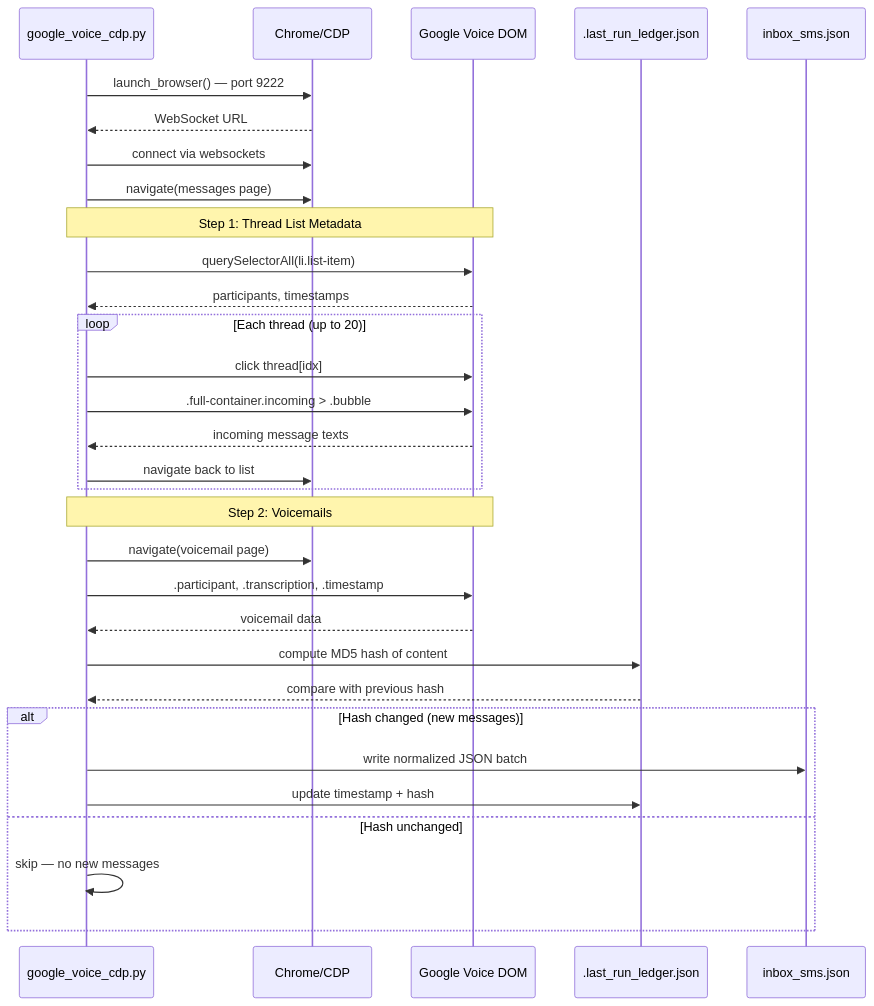
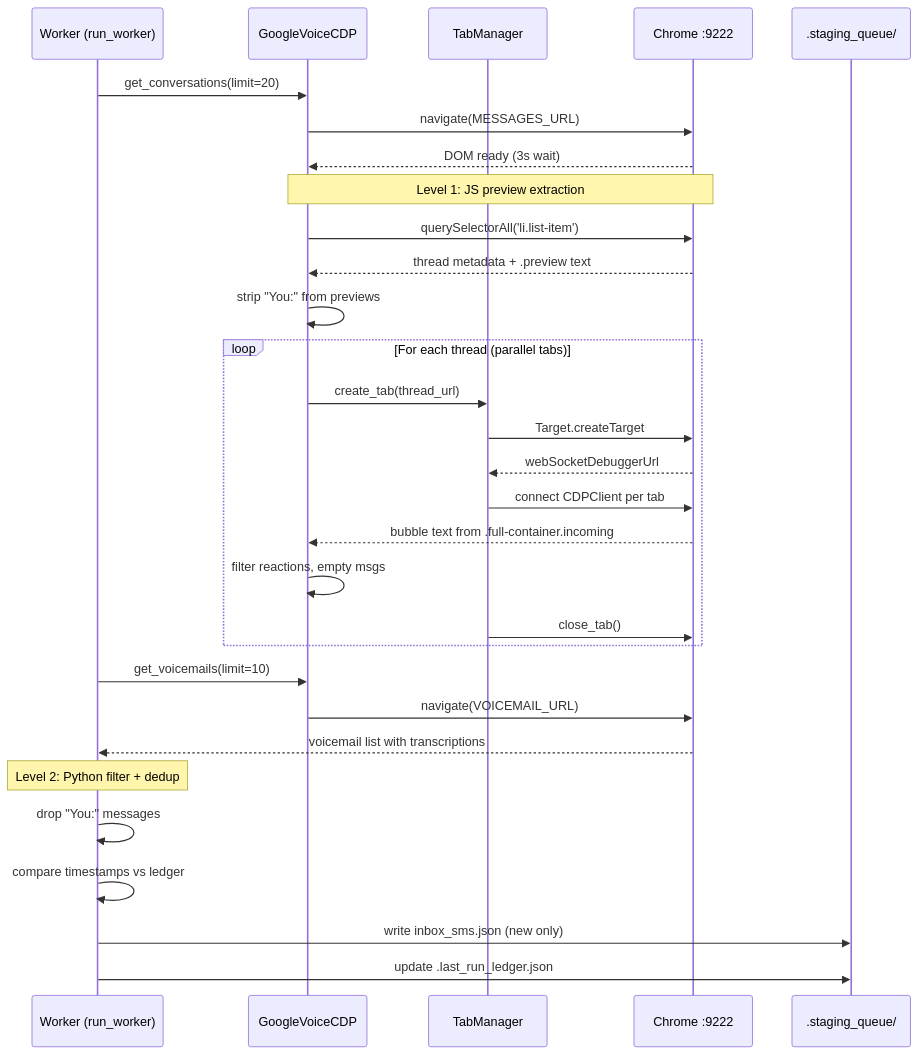
One commit to freeload101/protocol-ai changed the second of 3 diagrams in NotAPI/google_voice_cdp.md. Above: the diagram before and after it, drawn with Mermaid. The commit also changed other lines of this file and 1 other file, not shown here.

````diff
--- a/NotAPI/google_voice_cdp.md
+++ b/NotAPI/google_voice_cdp.md
@@ -56,39 +109,37 @@
 ```mermaid
 sequenceDiagram
-    participant CLI as google_voice_cdp.py
-    participant Browser as Chrome/CDP
-    participant GV as Google Voice DOM
-    participant Ledger as .last_run_ledger.json
-    participant Staging as inbox_sms.json
+    participant W as Worker (run_worker)
+    participant GV as GoogleVoiceCDP
+    participant TM as TabManager
+    participant Chrome as Chrome :9222
+    participant Staging as .staging_queue/
 
-    CLI->>Browser: launch_browser() — port 9222
-    Browser-->>CLI: WebSocket URL
-    CLI->>Browser: connect via websockets
-    CLI->>Browser: navigate(messages page)
-    
-    Note over CLI,GV: Step 1: Thread List Metadata
-    CLI->>GV: querySelectorAll(li.list-item)
-    GV-->>CLI: participants, timestamps
-    
-    loop Each thread (up to 20)
-        CLI->>GV: click thread[idx]
-        CLI->>GV: .full-container.incoming > .bubble
-        GV-->>CLI: incoming message texts
-        CLI->>Browser: navigate back to list
+    W->>GV: get_conversations(limit=20)
+    GV->>Chrome: navigate(MESSAGES_URL)
+    Chrome-->>GV: DOM ready (3s wait)
+
+    Note over GV,Chrome: Level 1: JS preview extraction
+    GV->>Chrome: querySelectorAll('li.list-item')
+    Chrome-->>GV: thread metadata + .preview text
+    GV->>GV: strip "You:" from previews
+
+    loop For each thread (parallel tabs)
+        GV->>TM: create_tab(thread_url)
+        TM->>Chrome: Target.createTarget
+        Chrome-->>TM: webSocketDebuggerUrl
+        TM->>Chrome: connect CDPClient per tab
+        Chrome-->>GV: bubble text from .full-container.incoming
+        GV->>GV: filter reactions, empty msgs
+        TM->>Chrome: close_tab()
     end
-    
-    Note over CLI,GV: Step 2: Voicemails
-    CLI->>Browser: navigate(voicemail page)
-    CLI->>GV: .participant, .transcription, .timestamp
-    GV-->>CLI: voicemail data
-    
-    CLI->>Ledger: compute MD5 hash of content
-    Ledger-->>CLI: compare with previous hash
-    
-    alt Hash changed (new messages)
-        CLI->>Staging: write normalized JSON batch
-        CLI->>Ledger: update timestamp + hash
-    else Hash unchanged
-        CLI->>CLI: skip — no new messages
-    end
+
+    W->>GV: get_voicemails(limit=10)
+    GV->>Chrome: navigate(VOICEMAIL_URL)
+    Chrome-->>W: voicemail list with transcriptions
+
+    Note over W: Level 2: Python filter + dedup
+    W->>W: drop "You:" messages
+    W->>W: compare timestamps vs ledger
+    W->>Staging: write inbox_sms.json (new only)
+    W->>Staging: update .last_run_ledger.json
 ```
````
